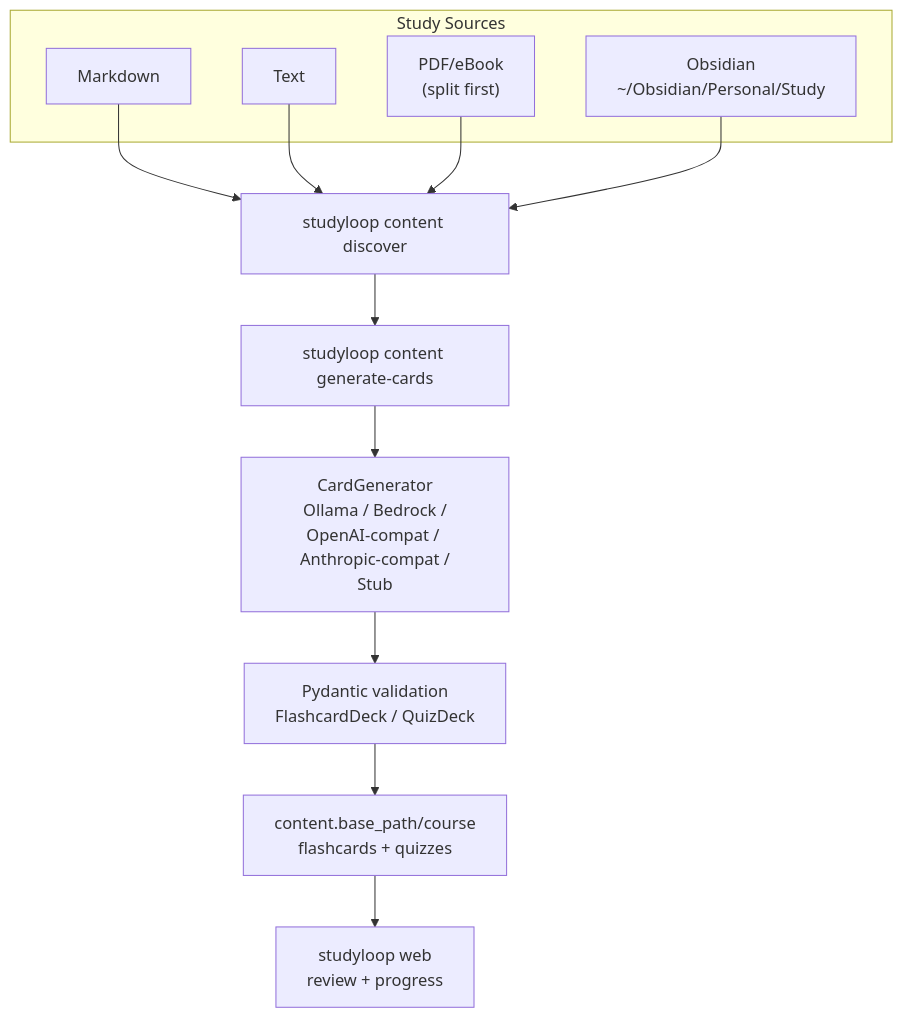
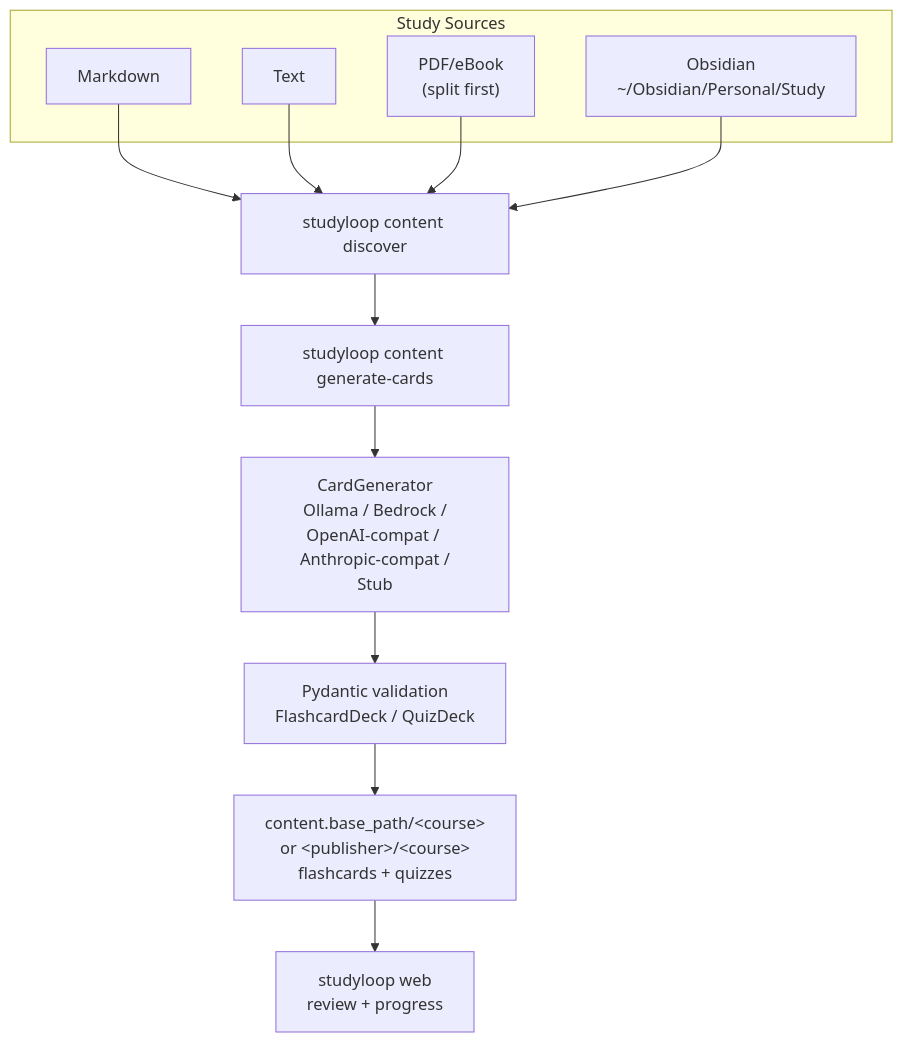
The first of 3 diagrams in docs/content-pipeline.md (NetDevAutomate/StudyLoop), drawn with Mermaid before and after one commit. The commit also changed other lines of this file and 12 other files, not shown here.

````diff
--- a/docs/content-pipeline.md
+++ b/docs/content-pipeline.md
@@ -16,26 +16,26 @@
 ```mermaid
 flowchart TB
     subgraph Sources["Study Sources"]
         MD["Markdown"]
         TXT["Text"]
         PDF["PDF/eBook<br/>(split first)"]
         OBS["Obsidian<br/>~/Obsidian/Personal/Study"]
     end
 
     Discover["studyloop content discover"]
     Generate["studyloop content generate-cards"]
     Backend["CardGenerator<br/>Ollama / Bedrock /<br/>OpenAI-compat / Anthropic-compat /<br/>Stub"]
     Validate["Pydantic validation<br/>FlashcardDeck / QuizDeck"]
-    Artefacts["content.base_path/course<br/>flashcards + quizzes"]
+    Artefacts["content.base_path/&lt;course&gt;<br/>or &lt;publisher&gt;/&lt;course&gt;<br/>flashcards + quizzes"]
     Web["studyloop web<br/>review + progress"]
 
     MD --> Discover
     TXT --> Discover
     PDF --> Discover
     OBS --> Discover
     Discover --> Generate
     Generate --> Backend
     Backend --> Validate
     Validate --> Artefacts
     Artefacts --> Web
 ```
````
